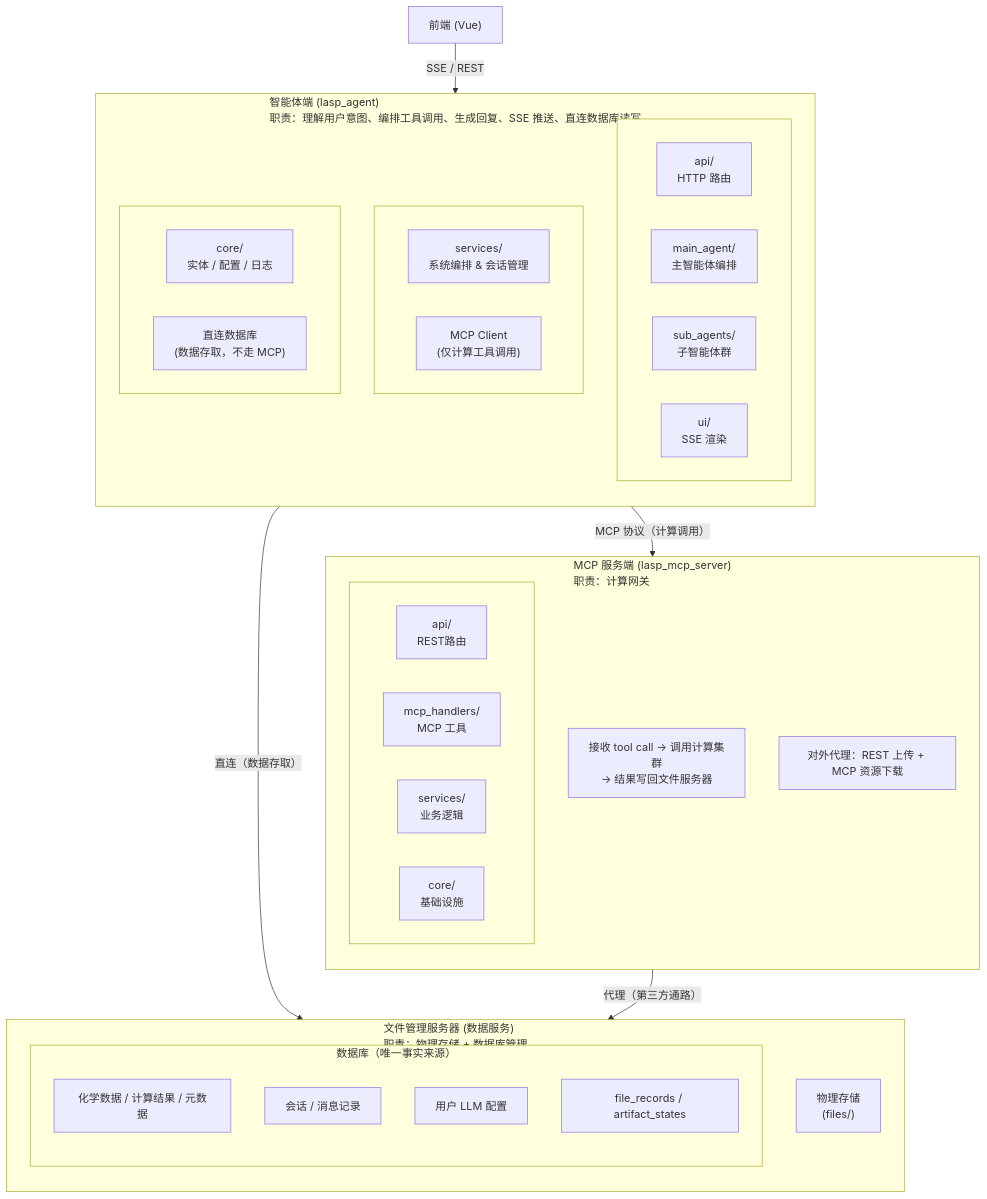
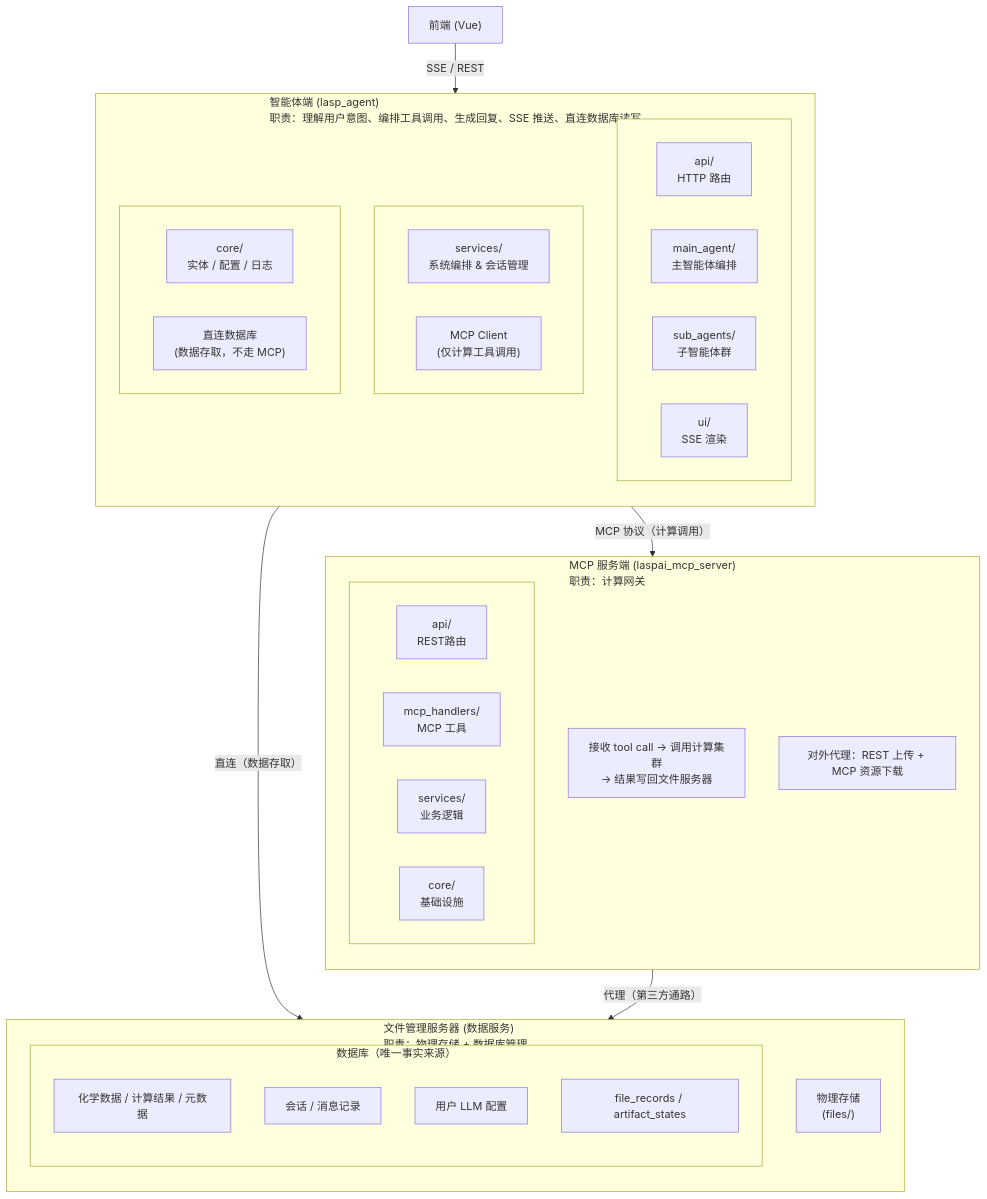
One commit to zhou-tian-yi/laspai-agent-design changed the first of 4 diagrams in LASPAI 智能体系统总体设计方案.md. Above: the diagram before and after it, drawn with Mermaid. The commit also changed other lines of this file and 4 other files, not shown here.

````diff
--- a/LASPAI 智能体系统总体设计方案.md
+++ b/LASPAI 智能体系统总体设计方案.md
@@ -20,57 +20,57 @@
 ```mermaid
 flowchart TB
     FE["前端 (Vue)"]
 
     FE -->|"SSE / REST"| AGENT
 
     subgraph AGENT["智能体端 (lasp_agent)<br/>职责：理解用户意图、编排工具调用、生成回复、SSE 推送、直连数据库读写"]
         direction TB
         subgraph AG_TOP[" "]
             direction LR
             API["api/<br/>HTTP 路由"]
             MAIN["main_agent/<br/>主智能体编排"]
             SUB["sub_agents/<br/>子智能体群"]
             UI["ui/<br/>SSE 渲染"]
         end
         subgraph AG_MID[" "]
             direction LR
             SVC["services/<br/>系统编排 & 会话管理"]
             MCPC["MCP Client<br/>(仅计算工具调用)"]
         end
         subgraph AG_BOT[" "]
             direction LR
             CORE["core/<br/>实体 / 配置 / 日志"]
             DIRECT["直连数据库<br/>(数据存取，不走 MCP)"]
         end
     end
 
     AGENT -->|"直连（数据存取）"| FS
     AGENT -->|"MCP 协议（计算调用）"| MCPSERVER
 
     subgraph FS["文件管理服务器 (数据服务)<br/>职责：物理存储 + 数据库管理"]
         direction TB
         FS1["物理存储<br/>(files/)"]
         subgraph DB["数据库（唯一事实来源）"]
             direction TB
             DB1["化学数据 / 计算结果 / 元数据"]
             DB2["会话 / 消息记录"]
             DB3["用户 LLM 配置"]
             DB4["file_records / artifact_states"]
         end
     end
 
-    subgraph MCPSERVER["MCP 服务端 (lasp_mcp_server)<br/>职责：计算网关"]
+    subgraph MCPSERVER["MCP 服务端 (laspai_mcp_server)<br/>职责：计算网关"]
         direction TB
         MCP_DESC["接收 tool call → 调用计算集群<br/>→ 结果写回文件服务器"]
         MCP_EXT["对外代理：REST 上传 + MCP 资源下载"]
         subgraph MCP_INT[" "]
             direction LR
             MCP_API["api/<br/>REST路由"]
             MCP_HAND["mcp_handlers/<br/>MCP 工具"]
             MCP_SVC["services/<br/>业务逻辑"]
             MCP_CORE["core/<br/>基础设施"]
         end
     end
 
     MCPSERVER -->|"代理（第三方通路）"| FS
 ```
````
